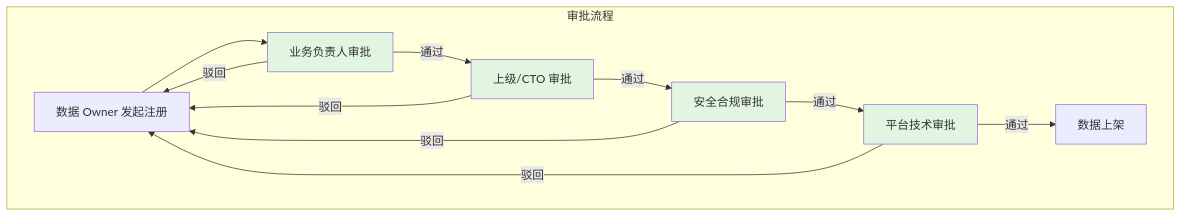
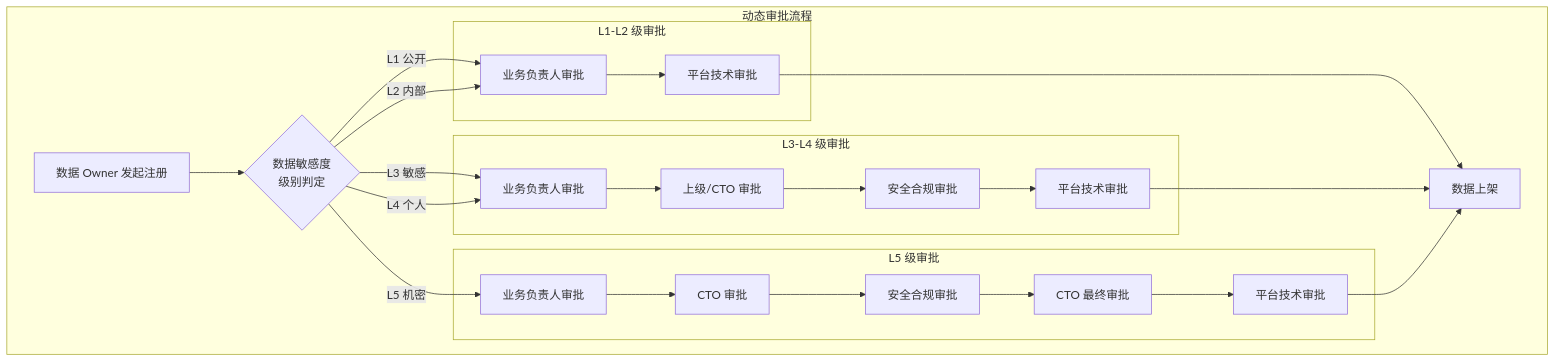
One commit to THZSummer/Product changed the tenth of 10 diagrams in open-app/.specs/feature-session-001/discovery-report.md. Above: the diagram before and after it, drawn with Mermaid. The commit also changed other lines of this file, not shown here.

Commit message:
feat: 将审批流程改为基于敏感度等级的动态审批
- 更新 6.2 审批机制：根据数据敏感度等级（L1-L5）动态生成审批链
  - L1-L2: 2 级审批（业务负责人 → 平台管理员）
  - L3-L4: 4 级审批（业务负责人 → 上级/CTO → 安全合规 → 平台管理员）
  - L5: 5 级审批（增加 CTO 最终审批）
- 更新 5.1 核心流程：审批阶段增加敏感度级别判定说明
- 更新 4.2 需求清单：SH-02 增加动态审批要求

设计原则：
- 审批流程不固定，根据数据敏感度动态决策
- 具体实施方案（审批链配置、审批人映射、规则引擎等）在 spec/plan 阶段详细设计

````diff
--- a/open-app/.specs/feature-session-001/discovery-report.md
+++ b/open-app/.specs/feature-session-001/discovery-report.md
@@ -389,26 +392,40 @@
 ```mermaid
 graph TB
-    subgraph 审批流程
-        A[数据 Owner 发起注册]
-        B[业务负责人审批]
-        C[上级/CTO 审批]
-        D[安全合规审批]
-        E[平台技术审批]
-        F[数据上架]
+    subgraph 动态审批流程
+        Start[数据 Owner 发起注册]
+        Level{数据敏感度<br/>级别判定}
+        
+        subgraph L1_L2[L1-L2 级审批]
+            A1[业务负责人审批]
+            A2[平台技术审批]
+        end
+        
+        subgraph L3_L4[L3-L4 级审批]
+            B1[业务负责人审批]
+            B2[上级/CTO 审批]
+            B3[安全合规审批]
+            B4[平台技术审批]
+        end
+        
+        subgraph L5[L5 级审批]
+            C1[业务负责人审批]
+            C2[CTO 审批]
+            C3[安全合规审批]
+            C4[CTO 最终审批]
+            C5[平台技术审批]
+        end
+        
+        Approve[数据上架]
     end
     
-    A --> B
-    B -->|通过 | C
-    B -->|驳回 | A
-    C -->|通过 | D
-    C -->|驳回 | A
-    D -->|通过 | E
-    D -->|驳回 | A
-    E -->|通过 | F
-    E -->|驳回 | A
+    Start --> Level
+    Level -->|L1 公开 | A1
+    Level -->|L2 内部 | A1
+    Level -->|L3 敏感 | B1
+    Level -->|L4 个人 | B1
+    Level -->|L5 机密 | C1
     
-    style B fill:#e1f5e1
-    style C fill:#e1f5e1
-    style D fill:#e1f5e1
-    style E fill:#e1f5e1
+    A1 --> A2 --> Approve
+    B1 --> B2 --> B3 --> B4 --> Approve
+    C1 --> C2 --> C3 --> C4 --> C5 --> Approve
 ```
````
